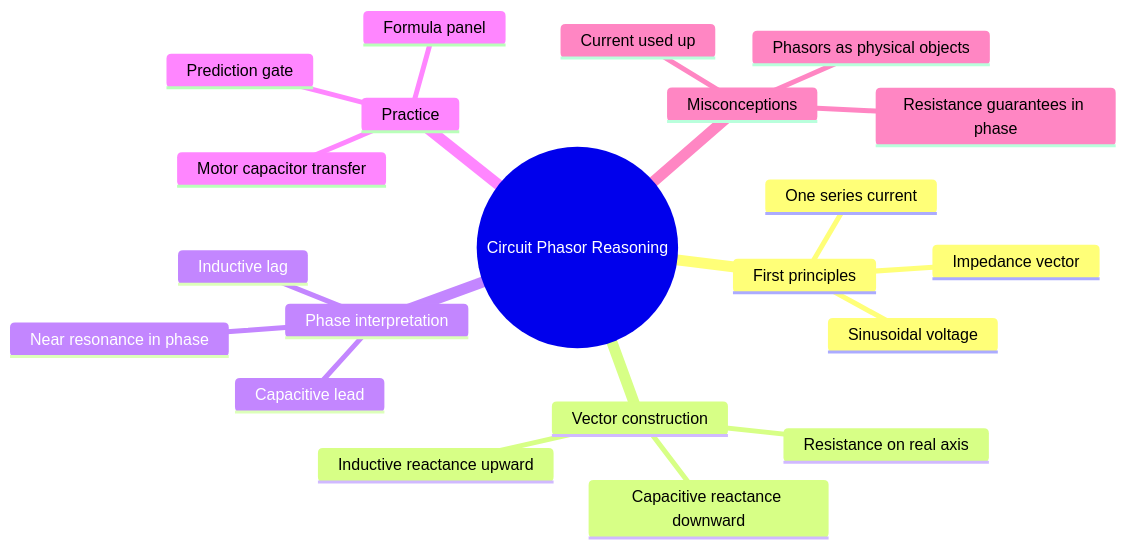
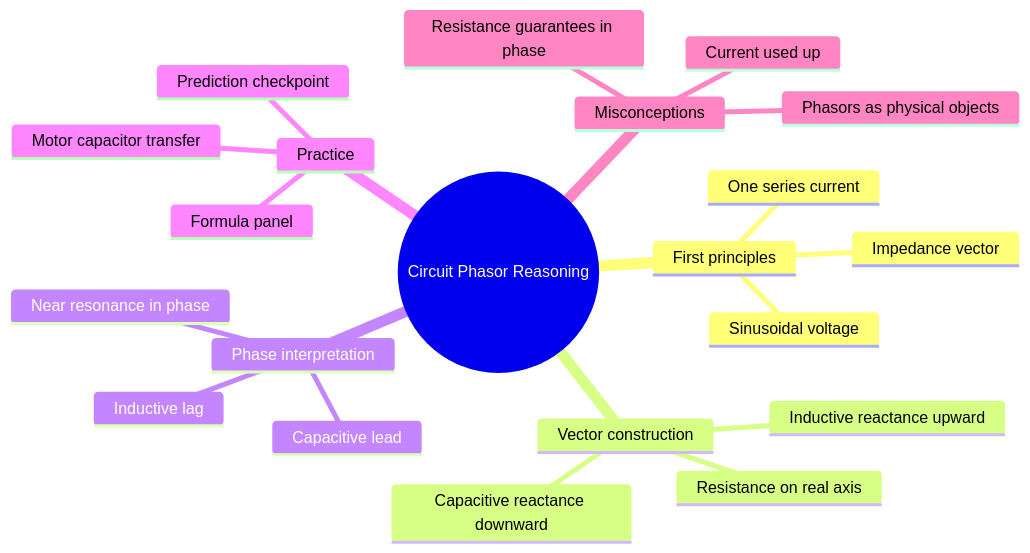
The diagram in shared/content/physics/containers/circuit-phasor-reasoning/concept-map/mindmap.md (anieyrudh/Paideia), drawn with Mermaid before and after one commit. The commit also changed 394 other files, not shown here.

````diff
--- a/shared/content/physics/containers/circuit-phasor-reasoning/concept-map/mindmap.md
+++ b/shared/content/physics/containers/circuit-phasor-reasoning/concept-map/mindmap.md
@@ -3,24 +3,24 @@
 ```mermaid
 mindmap
   root((Circuit Phasor Reasoning))
     First principles
       Sinusoidal voltage
       One series current
       Impedance vector
     Vector construction
       Resistance on real axis
       Inductive reactance upward
       Capacitive reactance downward
     Phase interpretation
       Inductive lag
       Capacitive lead
       Near resonance in phase
     Practice
-      Prediction gate
+      Prediction checkpoint
       Formula panel
       Motor capacitor transfer
     Misconceptions
       Phasors as physical objects
       Resistance guarantees in phase
       Current used up
 ```
````
